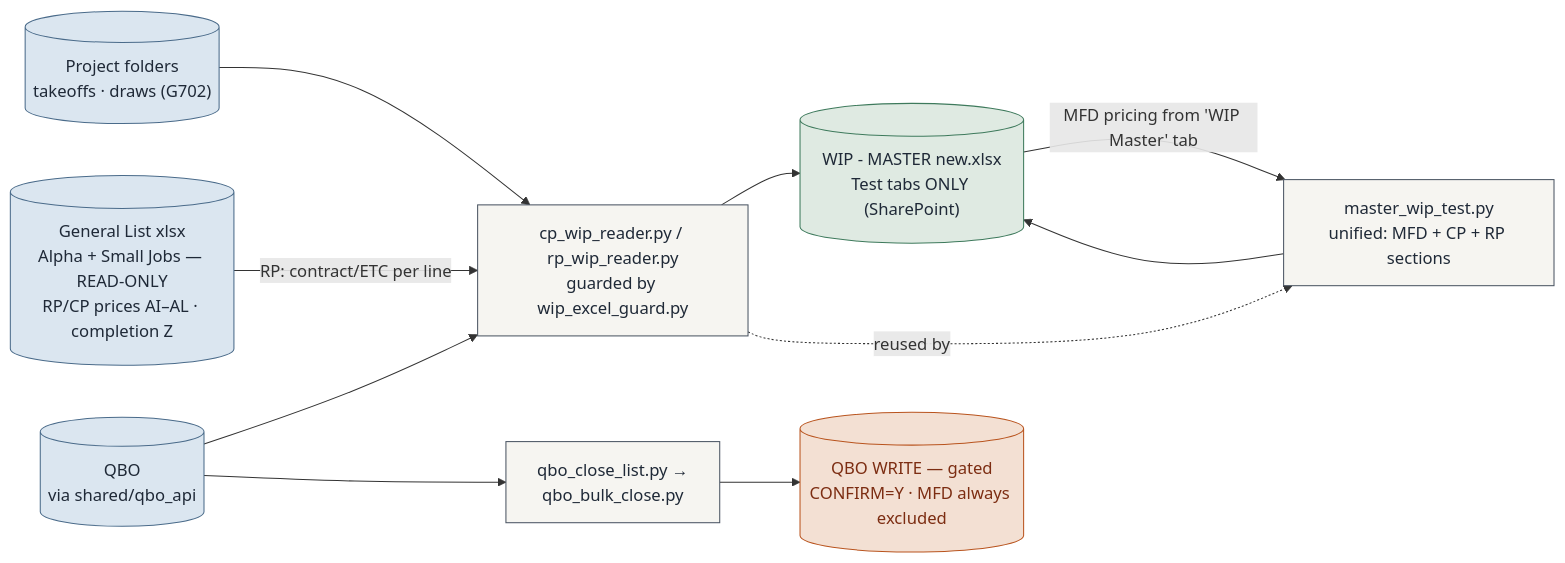
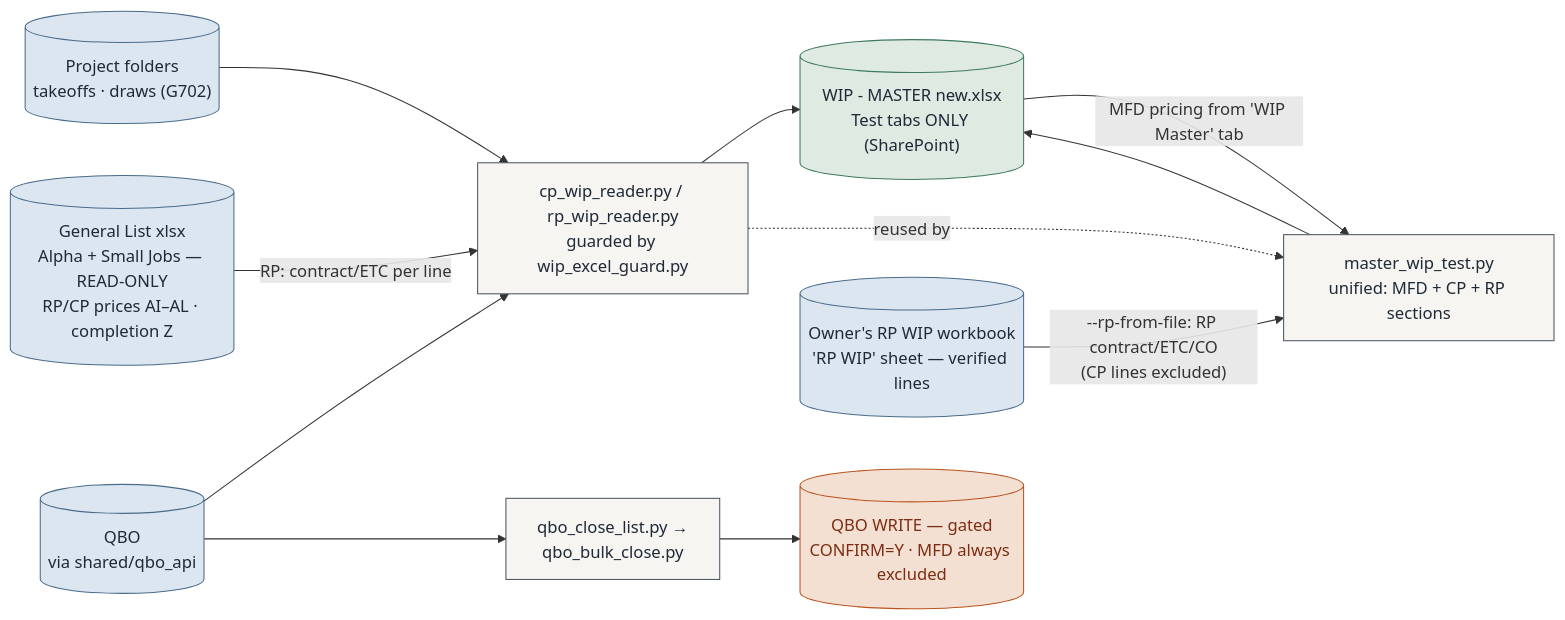
The third of 5 diagrams in docs/ARCHITECTURE.md (Ecarlo-Proficient/Claude-Report), drawn with Mermaid before and after one commit. The commit also changed other lines of this file and 3 other files, not shown here.

First line of the commit message:
wip: master formatting (Tahoma 8) + QBO-only links + RP from the owner's file

````diff
--- a/docs/ARCHITECTURE.md
+++ b/docs/ARCHITECTURE.md
@@ -113,24 +113,26 @@
 ```mermaid
 flowchart LR
     classDef src fill:#dbe6f0,stroke:#4A6B8A,color:#1f2937
     classDef tool fill:#f6f5f1,stroke:#4b5563,color:#1f2937
     classDef out fill:#dfeae2,stroke:#3E7A5C,color:#1f2937
     classDef gate fill:#f3e0d3,stroke:#B9541E,color:#7c2d12
 
     FOLDERS[("Project folders\ntakeoffs · draws (G702)")]:::src
     GL[("General List xlsx\nAlpha + Small Jobs — READ-ONLY\nRP/CP prices AI–AL · completion Z")]:::src
     QBO[("QBO\nvia shared/qbo_api")]:::src
     READERS["cp_wip_reader.py / rp_wip_reader.py\nguarded by wip_excel_guard.py"]:::tool
     TEST[("WIP - MASTER new.xlsx\nTest tabs ONLY (SharePoint)")]:::out
     CLOSE["qbo_close_list.py →\nqbo_bulk_close.py"]:::tool
     QW[("QBO WRITE — gated\nCONFIRM=Y · MFD always excluded")]:::gate
 
     MASTER["master_wip_test.py\nunified: MFD + CP + RP sections"]:::tool
+    RPFIX[("Owner's RP WIP workbook\n'RP WIP' sheet — verified lines")]:::src
 
     FOLDERS --> READERS
     GL -->|"RP: contract/ETC per line"| READERS
     QBO --> READERS --> TEST
     READERS -.->|"reused by"| MASTER
+    RPFIX -->|"--rp-from-file: RP contract/ETC/CO\n(CP lines excluded)"| MASTER
     TEST -->|"MFD pricing from 'WIP Master' tab"| MASTER --> TEST
     QBO --> CLOSE --> QW
 ```
````
